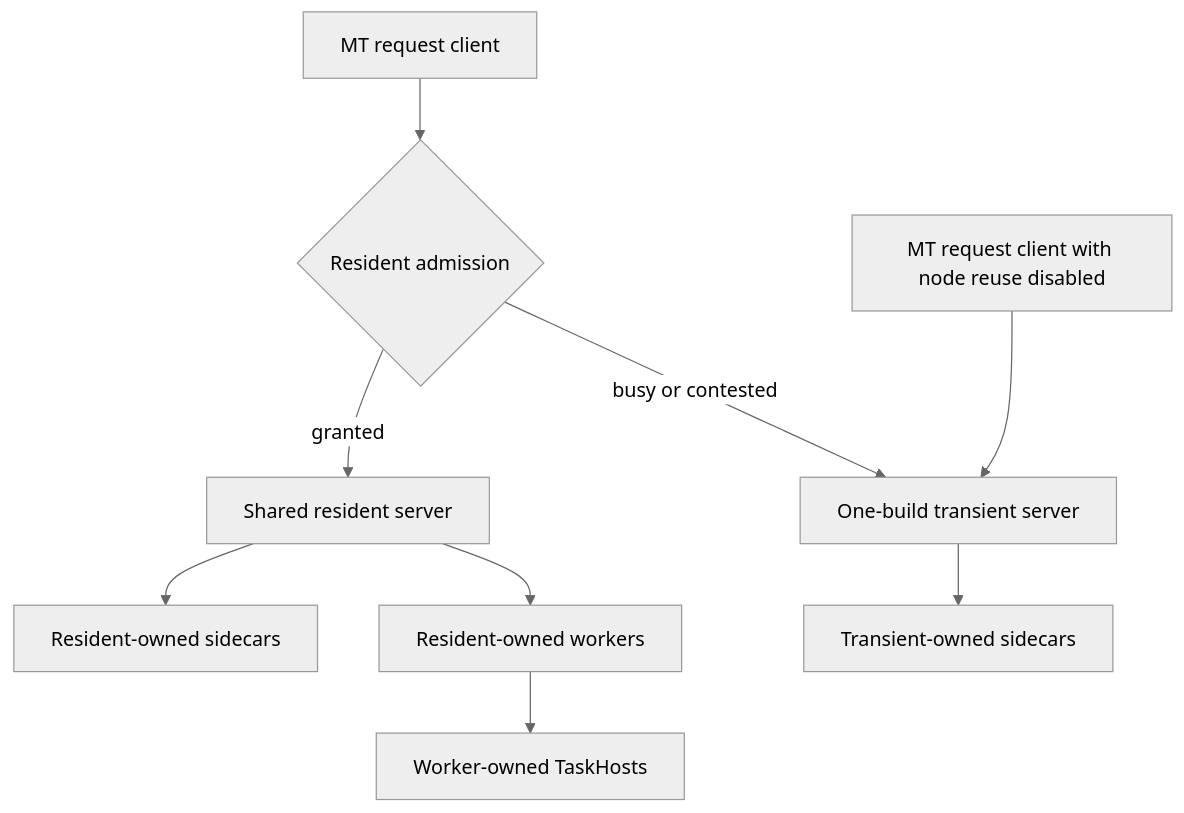
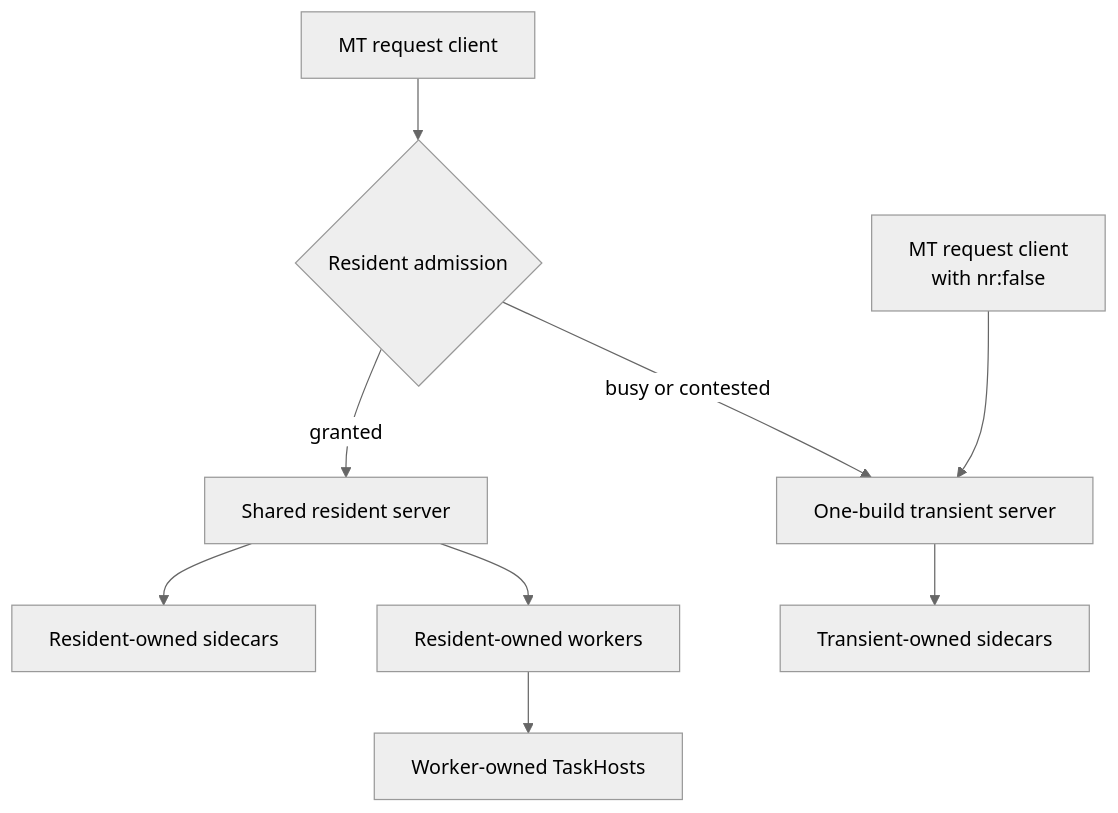
One commit to dotnet/msbuild changed the diagram in documentation/specs/multithreading/server-taskhost-ownership.md. Above: the diagram before and after it, drawn with Mermaid (neutral theme). The commit also changed other lines of this file, not shown here.

Commit message:
Apply suggestions from code review

````diff
--- a/documentation/specs/multithreading/server-taskhost-ownership.md
+++ b/documentation/specs/multithreading/server-taskhost-ownership.md
@@ -78,12 +77,12 @@
 ```mermaid
 flowchart TB
     MT["MT request client"] --> A{"Resident admission"}
     A -->|granted| R["Shared resident server"]
     A -->|busy or contested| T["One-build transient server"]
-    NR["MT request client with node reuse disabled"] --> T
+    NR["MT request client\n with nr:false"] --> T
 
     R --> RS["Resident-owned sidecars"]
     T --> TS["Transient-owned sidecars"]
     R --> RW["Resident-owned workers"]
     RW --> RWT["Worker-owned TaskHosts"]
 ```
````
